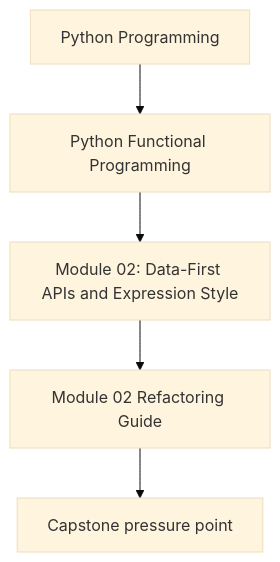
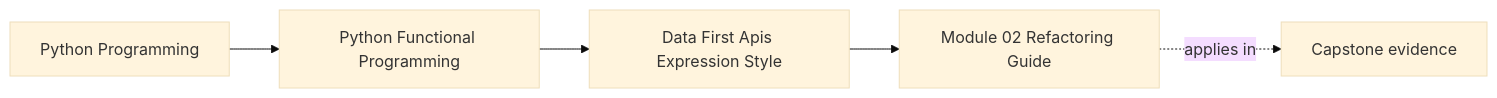
Before and after one commit to bijux/bijux-masterclass: the first of 2 diagrams in programs/python-programming/python-functional-programming/course-book/module-02-data-first-apis-expression-style/refactoring-guide.md, drawn with Mermaid (base theme). The commit also changed other lines of this file and 73 other files, not shown here.

Commit message:
docs(python-functional-programming): map orientation through streaming foundations

````diff
--- a/programs/python-programming/python-functional-programming/course-book/module-02-data-first-apis-expression-style/refactoring-guide.md
+++ b/programs/python-programming/python-functional-programming/course-book/module-02-data-first-apis-expression-style/refactoring-guide.md
@@ -7,7 +7,11 @@
 ```mermaid
-flowchart TD
-  family["Python Programming"] --> program["Python Functional Programming"]
-  program --> module["Module 02: Data-First APIs and Expression Style"]
-  module --> concept["Module 02 Refactoring Guide"]
-  concept --> capstone["Capstone pressure point"]
+graph LR
+  family["Python Programming"]
+  program["Python Functional Programming"]
+  section["Data First Apis Expression Style"]
+  page["Module 02 Refactoring Guide"]
+  capstone["Capstone evidence"]
+
+  family --> program --> section --> page
+  page -.applies in.-> capstone
 ```
````
